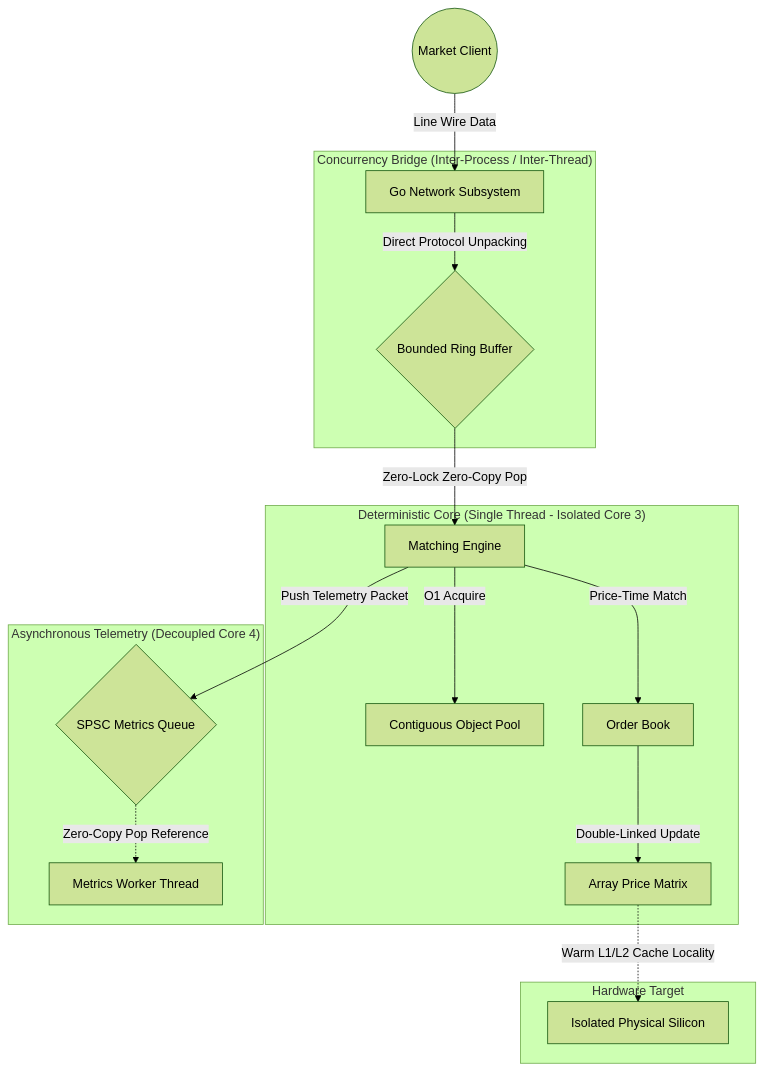
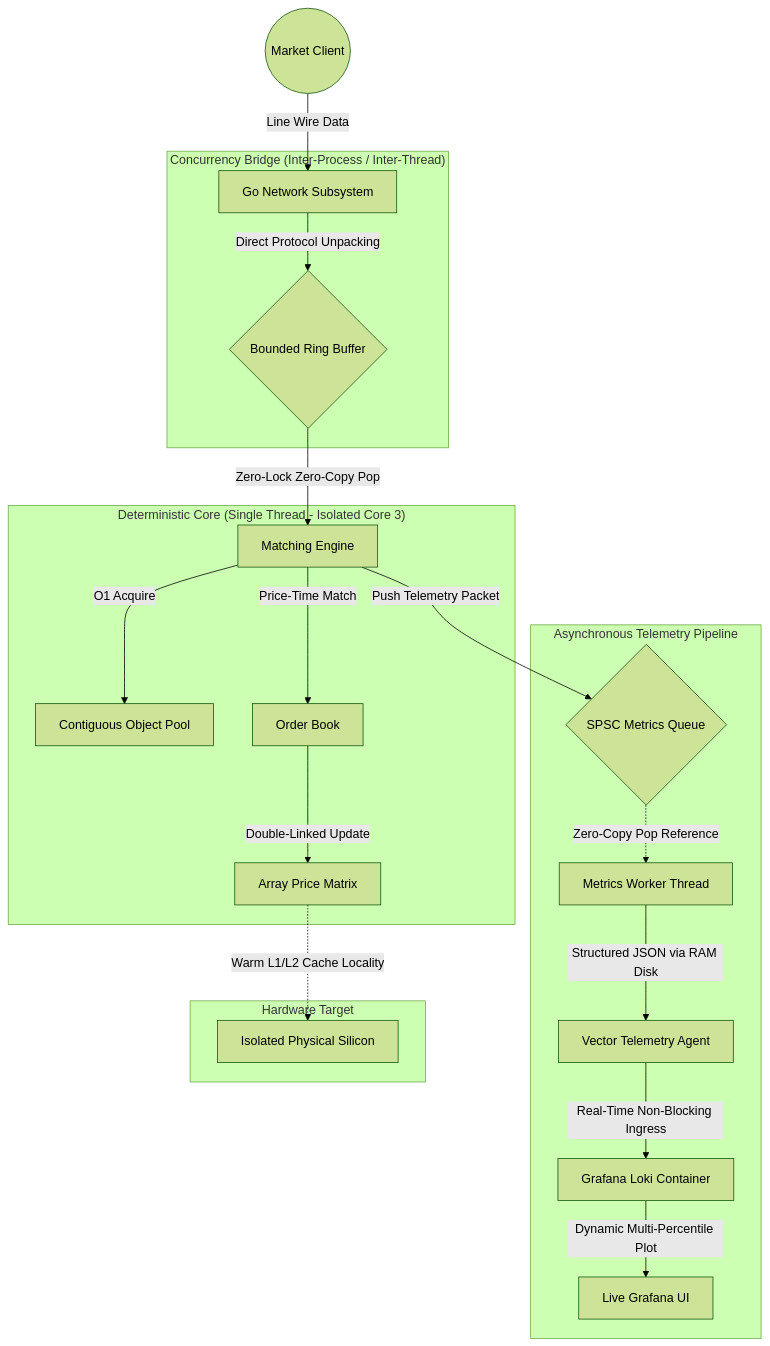
The diagram in README.md (DeltaFosB/sequitur), drawn with Mermaid (forest theme) before and after one commit. The commit also changed other lines of this file, not shown here.

Commit message:
Update README with real-time out-of-band telemetry architecture and orchestration guide

````diff
--- a/README.md
+++ b/README.md
@@ -61,25 +61,28 @@
 ```mermaid
 graph TD
     Client((Market Client)) -->|Line Wire Data| GoGateway[Go Network Subsystem]
     
     subgraph "Concurrency Bridge (Inter-Process / Inter-Thread)"
         GoGateway -->|Direct Protocol Unpacking| RingBuffer{Bounded Ring Buffer}
     end
     
     subgraph "Deterministic Core (Single Thread - Isolated Core 3)"
         RingBuffer -->|Zero-Lock Zero-Copy Pop| Engine[Matching Engine]
         Engine -->|O1 Acquire| Pool[Contiguous Object Pool]
         Engine -->|Price-Time Match| Book[Order Book]
         Book -->|Double-Linked Update| Matrix[Array Price Matrix]
     end
     
-    subgraph "Asynchronous Telemetry (Decoupled Core 4)"
+    subgraph "Asynchronous Telemetry Pipeline"
         Engine -->|Push Telemetry Packet| MetricsQueue{SPSC Metrics Queue}
         MetricsQueue -.->|Zero-Copy Pop Reference| MetricsWorker[Metrics Worker Thread]
+        MetricsWorker -->|Structured JSON via RAM Disk| Vector[Vector Telemetry Agent]
+        Vector -->|Real-Time Non-Blocking Ingress| Loki[Grafana Loki Container]
+        Loki -->|Dynamic Multi-Percentile Plot| Grafana[Live Grafana UI]
     end
     
     subgraph "Hardware Target"
         Matrix -.->|Warm L1/L2 Cache Locality| CPU[Isolated Physical Silicon]
     end
 
 ```
````
